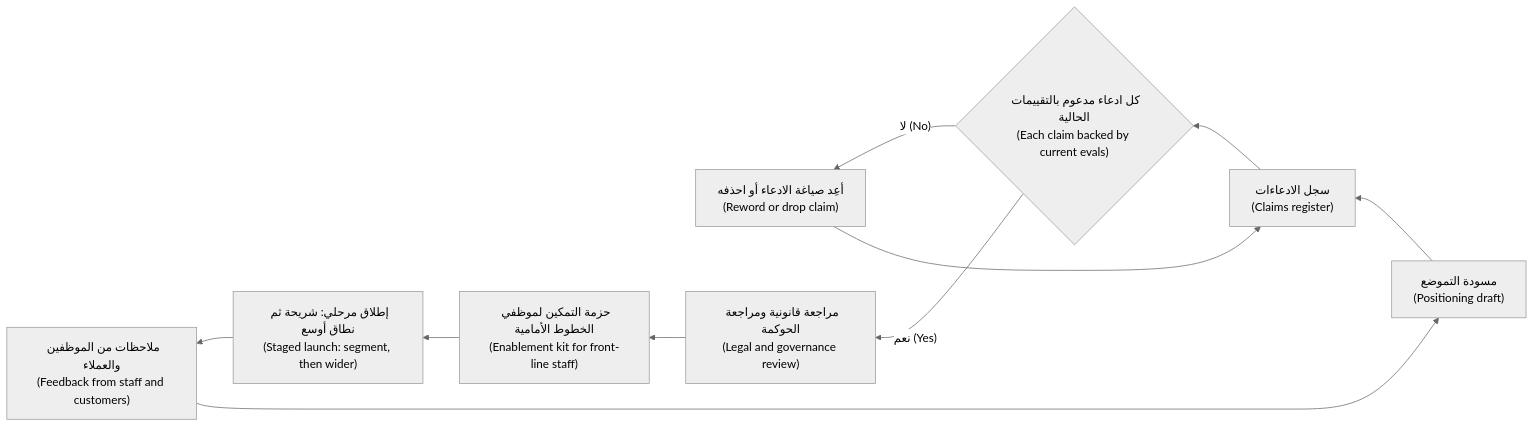
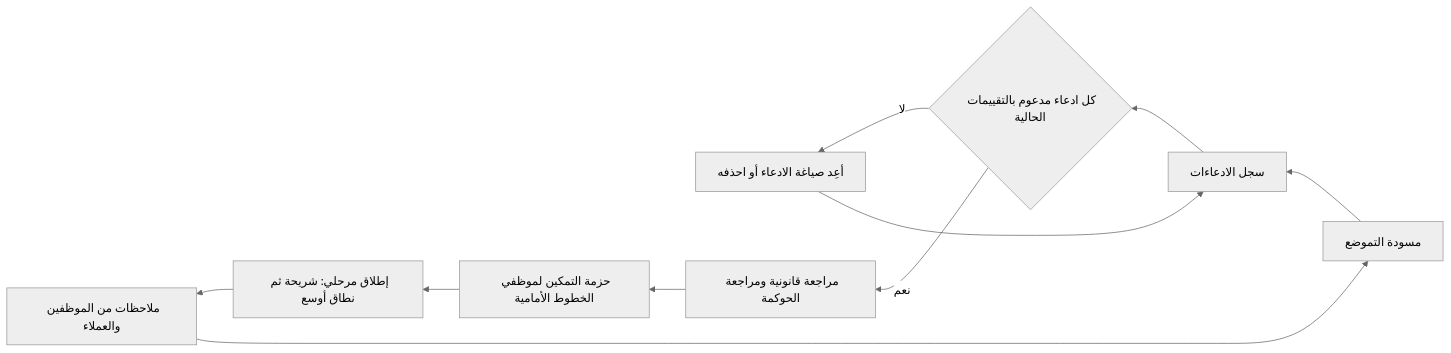
The second of 3 diagrams in aipm/modules/07-launch.ar.md (Tamoura/system-design-for-vibe-coders), drawn with Mermaid (neutral theme) before and after one commit. The commit also changed other lines of this file and 551 other files, not shown here.

````diff
--- a/aipm/modules/07-launch.ar.md
+++ b/aipm/modules/07-launch.ar.md
@@ -313,12 +322,12 @@
 ```mermaid
 flowchart RL
-    A["مسودة التموضع<br/>(Positioning draft)"] --> B["سجل الادعاءات<br/>(Claims register)"]
-    B --> C{"كل ادعاء مدعوم بالتقييمات الحالية<br/>(Each claim backed by current evals)"}
-    C -- "لا (No)" --> D["أعِد صياغة الادعاء أو احذفه<br/>(Reword or drop claim)"]
+    A["مسودة التموضع"] --> B["سجل الادعاءات"]
+    B --> C{"كل ادعاء مدعوم بالتقييمات الحالية"}
+    C -- "لا" --> D["أعِد صياغة الادعاء أو احذفه"]
     D --> B
-    C -- "نعم (Yes)" --> E["مراجعة قانونية ومراجعة الحوكمة<br/>(Legal and governance review)"]
-    E --> F["حزمة التمكين لموظفي الخطوط الأمامية<br/>(Enablement kit for front-line staff)"]
-    F --> G["إطلاق مرحلي: شريحة ثم نطاق أوسع<br/>(Staged launch: segment, then wider)"]
-    G --> H["ملاحظات من الموظفين والعملاء<br/>(Feedback from staff and customers)"]
+    C -- "نعم" --> E["مراجعة قانونية ومراجعة الحوكمة"]
+    E --> F["حزمة التمكين لموظفي الخطوط الأمامية"]
+    F --> G["إطلاق مرحلي: شريحة ثم نطاق أوسع"]
+    G --> H["ملاحظات من الموظفين والعملاء"]
     H --> A
 ```
````
